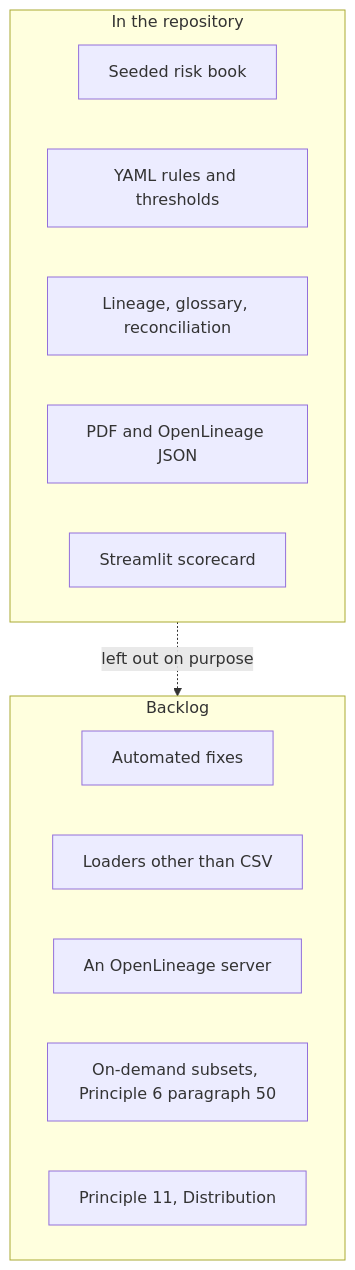
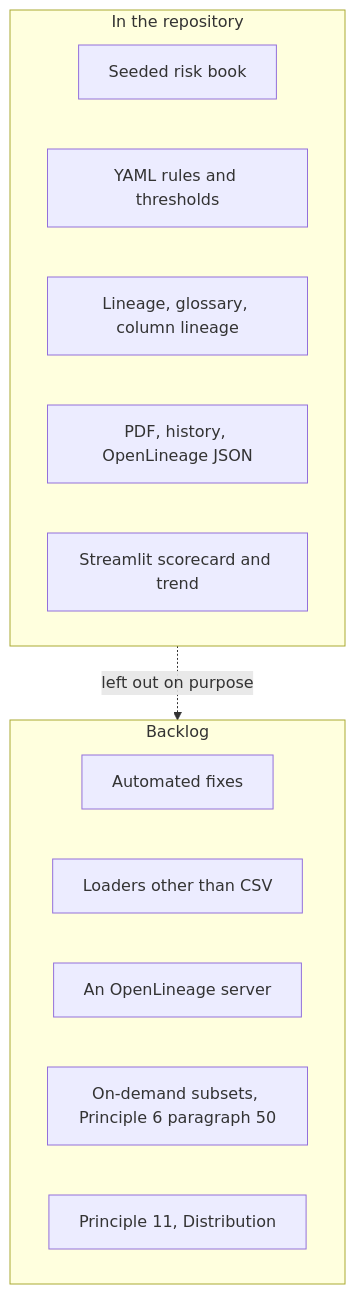
One commit to delens/Governance-Sentinel changed the sixth of 6 diagrams in README.md. Above: the diagram before and after it, drawn with Mermaid. The commit also changed other lines of this file and 25 other files, not shown here.

First line of the commit message:
Add DuckDB audit history, column lineage, and v2.0.0 notes. (#4)

````diff
--- a/README.md
+++ b/README.md
@@ -246,18 +279,18 @@
 ```mermaid
 flowchart TB
   subgraph shipped ["In the repository"]
     book["Seeded risk book"]
     yamlRules["YAML rules and thresholds"]
-    lineageBox["Lineage, glossary, reconciliation"]
-    pdfBox["PDF and OpenLineage JSON"]
-    dashboard["Streamlit scorecard"]
+    lineageBox["Lineage, glossary, column lineage"]
+    pdfBox["PDF, history, OpenLineage JSON"]
+    dashboard["Streamlit scorecard and trend"]
   end
   subgraph backlog ["Backlog"]
     fixes["Automated fixes"]
     otherLoaders["Loaders other than CSV"]
     marquez["An OpenLineage server"]
     adHoc["On-demand subsets, Principle 6 paragraph 50"]
     distribution["Principle 11, Distribution"]
   end
   shipped -.->|"left out on purpose"| backlog
 ```
````
